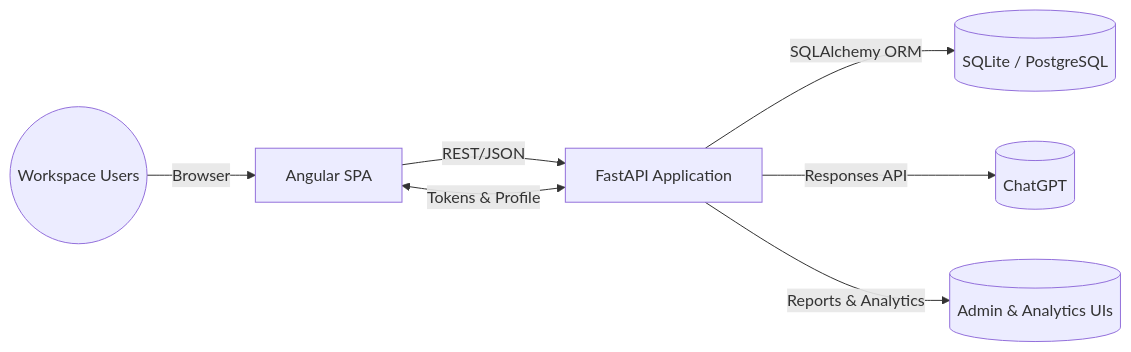
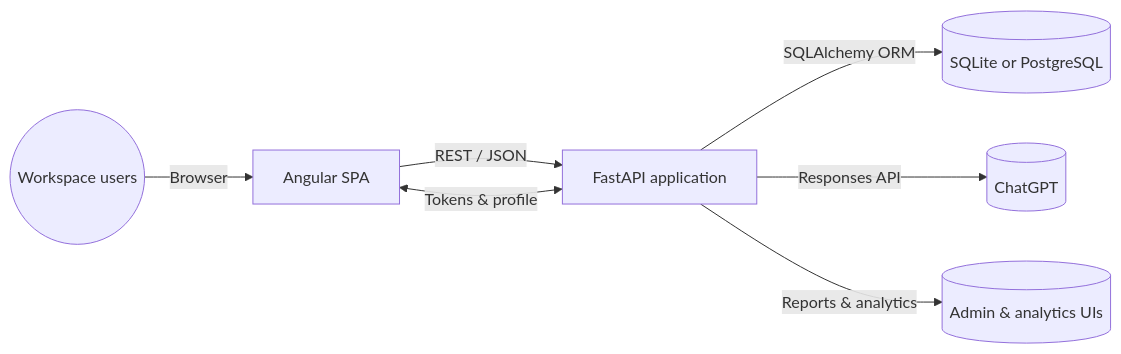
The diagram in docs/architecture.md (ist-h-i/todo-generator), drawn with Mermaid before and after one commit. The commit also changed other lines of this file and 4 other files, not shown here.

````diff
--- a/docs/architecture.md
+++ b/docs/architecture.md
@@ -6,9 +6,9 @@
 ```mermaid
 flowchart LR
-    User((Workspace Users)) -->|Browser| Frontend[Angular SPA]
-    Frontend -->|REST/JSON| Backend[FastAPI Application]
-    Backend -->|SQLAlchemy ORM| Database[(SQLite / PostgreSQL)]
+    User((Workspace users)) -->|Browser| Frontend[Angular SPA]
+    Frontend -->|REST / JSON| Backend[FastAPI application]
+    Backend -->|SQLAlchemy ORM| Database[(SQLite or PostgreSQL)]
     Backend -->|Responses API| OpenAI[(ChatGPT)]
-    Backend <-->|Tokens & Profile| Frontend
-    Backend -->|Reports & Analytics| AdminTools[(Admin & Analytics UIs)]
+    Backend <-->|Tokens & profile| Frontend
+    Backend -->|Reports & analytics| AdminTools[(Admin & analytics UIs)]
 ```
````
